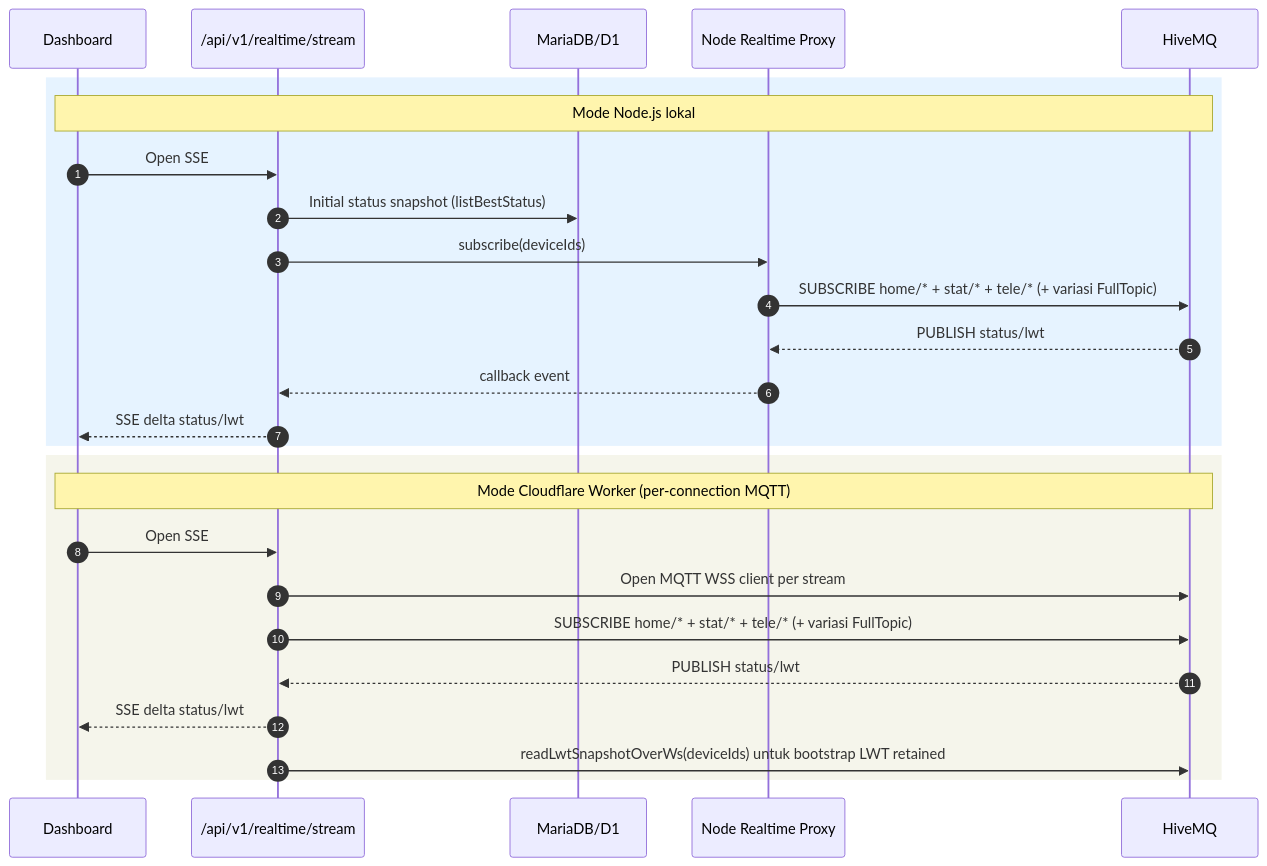
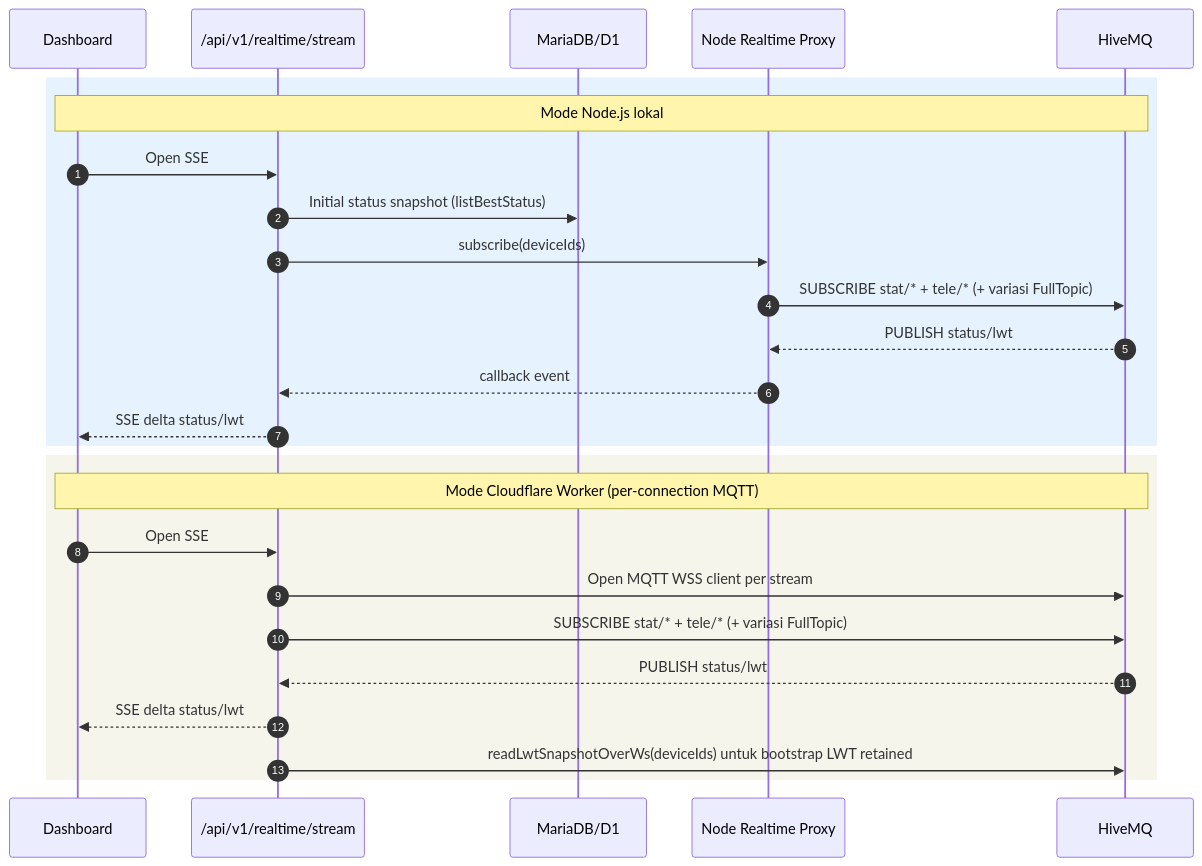
One commit to afaavimala/Lampu-PIntar-Rumah-Tangga changed the fourth of 6 diagrams in docs/Diagram_Arsitektur_Ekosistem_SmartLamp.md. Above: the diagram before and after it, drawn with Mermaid. The commit also changed other lines of this file and 40 other files, not shown here.

````diff
--- a/docs/Diagram_Arsitektur_Ekosistem_SmartLamp.md
+++ b/docs/Diagram_Arsitektur_Ekosistem_SmartLamp.md
@@ -161,30 +157,30 @@
 ```mermaid
 sequenceDiagram
   autonumber
   participant FE as Dashboard
   participant API as /api/v1/realtime/stream
   participant DB as MariaDB/D1
   participant RP as Node Realtime Proxy
   participant MQ as HiveMQ
 
   rect rgb(230, 243, 255)
     Note over FE,MQ: Mode Node.js lokal
     FE->>API: Open SSE
     API->>DB: Initial status snapshot (listBestStatus)
     API->>RP: subscribe(deviceIds)
-    RP->>MQ: SUBSCRIBE home/* + stat/* + tele/* (+ variasi FullTopic)
+    RP->>MQ: SUBSCRIBE stat/* + tele/* (+ variasi FullTopic)
     MQ-->>RP: PUBLISH status/lwt
     RP-->>API: callback event
     API-->>FE: SSE delta status/lwt
   end
 
   rect rgb(245, 245, 235)
     Note over FE,MQ: Mode Cloudflare Worker (per-connection MQTT)
     FE->>API: Open SSE
     API->>MQ: Open MQTT WSS client per stream
-    API->>MQ: SUBSCRIBE home/* + stat/* + tele/* (+ variasi FullTopic)
+    API->>MQ: SUBSCRIBE stat/* + tele/* (+ variasi FullTopic)
     MQ-->>API: PUBLISH status/lwt
     API-->>FE: SSE delta status/lwt
     API->>MQ: readLwtSnapshotOverWs(deviceIds) untuk bootstrap LWT retained
   end
 ```
````
